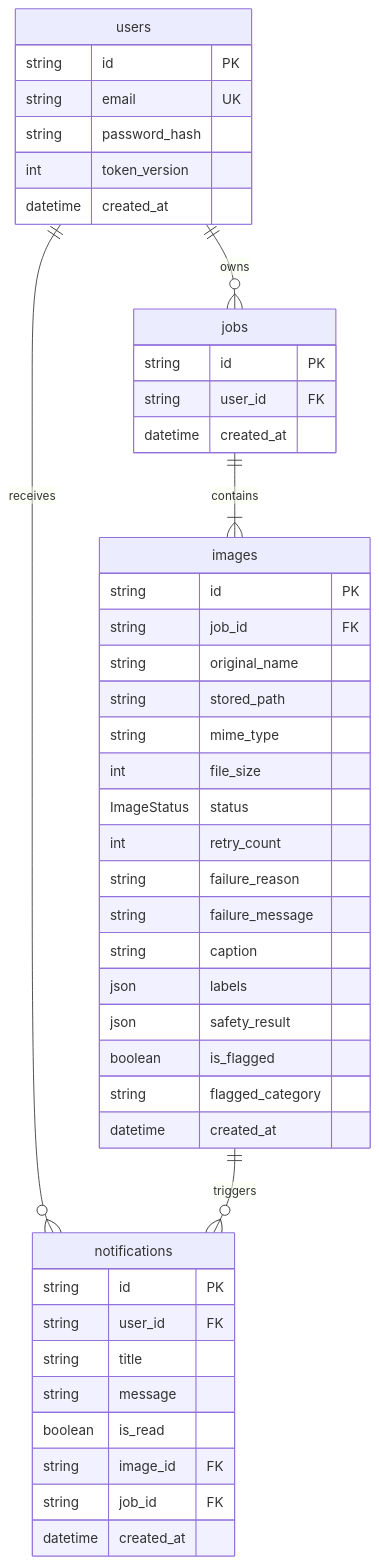
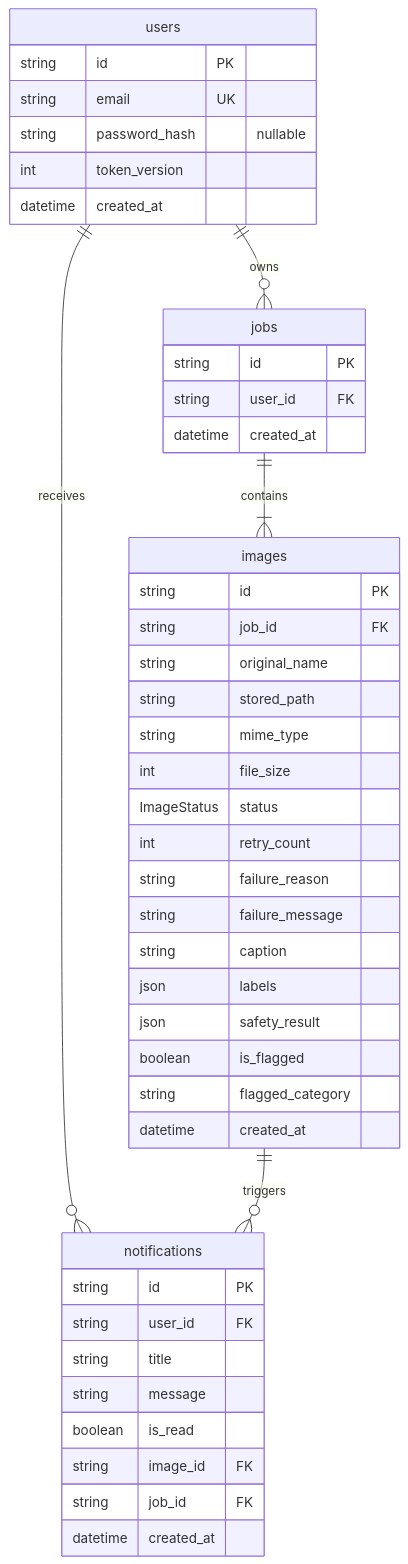
One commit to bhumitschaudhry/AMPM changed the second of 5 diagrams in architecture.md. Above: the diagram before and after it, drawn with Mermaid. The commit also changed other lines of this file, not shown here.

Commit message:
docs: update architecture.md to include Google OAuth sequence and nullable password field

````diff
--- a/architecture.md
+++ b/architecture.md
@@ -38,48 +38,48 @@
 ```mermaid
 erDiagram
     users ||--o{ jobs : owns
     users ||--o{ notifications : receives
     jobs ||--|{ images : contains
     images ||--o{ notifications : triggers
 
     users {
         string id PK
         string email UK
-        string password_hash
+        string password_hash "nullable"
         int token_version
         datetime created_at
     }
     jobs {
         string id PK
         string user_id FK
         datetime created_at
     }
     images {
         string id PK
         string job_id FK
         string original_name
         string stored_path
         string mime_type
         int file_size
         ImageStatus status
         int retry_count
         string failure_reason
         string failure_message
         string caption
         json labels
         json safety_result
         boolean is_flagged
         string flagged_category
         datetime created_at
     }
     notifications {
         string id PK
         string user_id FK
         string title
         string message
         boolean is_read
         string image_id FK
         string job_id FK
         datetime created_at
     }
 ```
````
